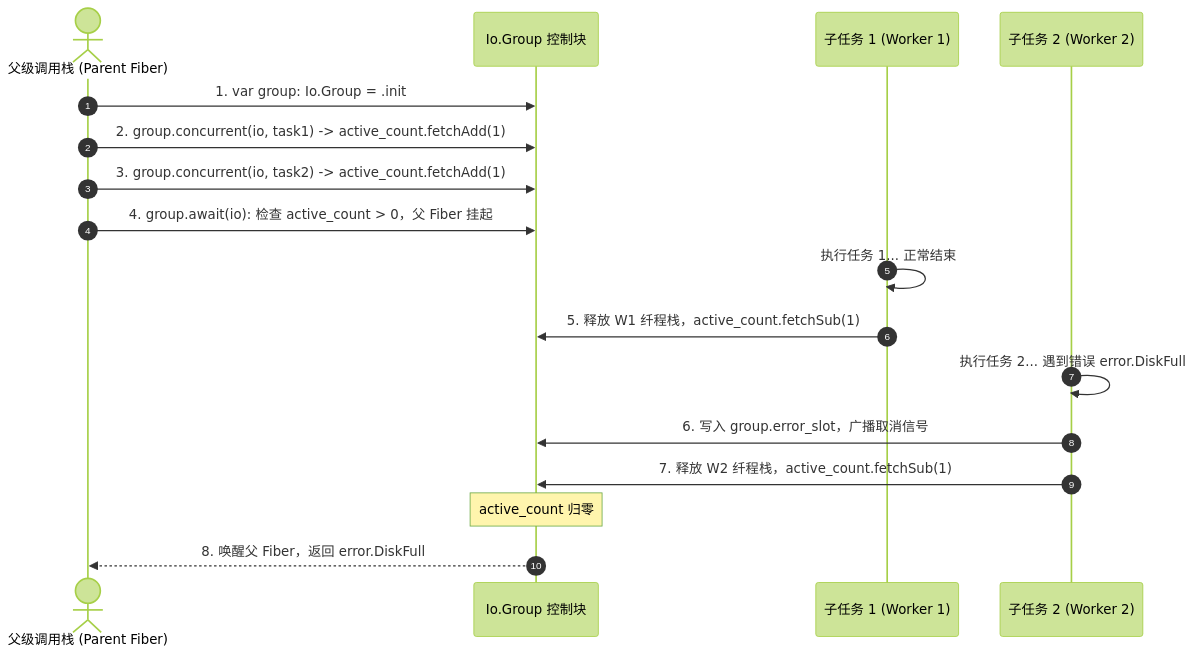
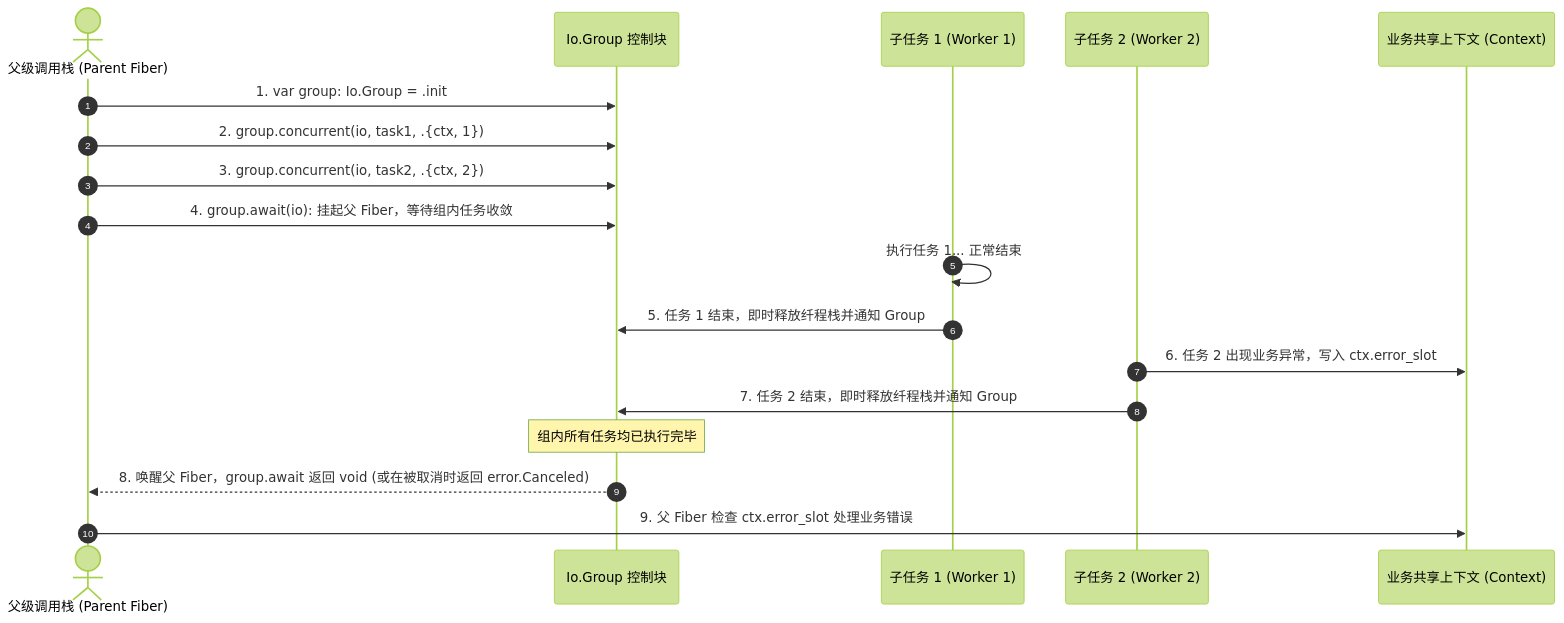
One commit to jiacai2050/x changed the second of 2 diagrams in zig-io/src/concepts/tasks-futures-and-groups.md. Above: the diagram before and after it, drawn with Mermaid (forest theme). The commit also changed other lines of this file and 16 other files, not shown here.

First line of the commit message:
docs(zig-io): fix Group and Fiber stack semantics

````diff
--- a/zig-io/src/concepts/tasks-futures-and-groups.md
+++ b/zig-io/src/concepts/tasks-futures-and-groups.md
@@ -78,24 +78,25 @@
 ```mermaid
 sequenceDiagram
     autonumber
     actor Parent as 父级调用栈 (Parent Fiber)
     participant Group as Io.Group 控制块
     participant W1 as 子任务 1 (Worker 1)
     participant W2 as 子任务 2 (Worker 2)
+    participant Shared as 业务共享上下文 (Context)
 
     Parent->>Group: 1. var group: Io.Group = .init
-    Parent->>Group: 2. group.concurrent(io, task1) -> active_count.fetchAdd(1)
-    Parent->>Group: 3. group.concurrent(io, task2) -> active_count.fetchAdd(1)
+    Parent->>Group: 2. group.concurrent(io, task1, .{ctx, 1})
+    Parent->>Group: 3. group.concurrent(io, task2, .{ctx, 2})
 
-    Parent->>Group: 4. group.await(io): 检查 active_count > 0，父 Fiber 挂起
+    Parent->>Group: 4. group.await(io): 挂起父 Fiber，等待组内任务收敛
 
     W1->>W1: 执行任务 1... 正常结束
-    W1->>Group: 5. 释放 W1 纤程栈，active_count.fetchSub(1)
+    W1->>Group: 5. 任务 1 结束，即时释放纤程栈并通知 Group
 
-    W2->>W2: 执行任务 2... 遇到错误 error.DiskFull
-    W2->>Group: 6. 写入 group.error_slot，广播取消信号
-    W2->>Group: 7. 释放 W2 纤程栈，active_count.fetchSub(1)
+    W2->>Shared: 6. 任务 2 出现业务异常，写入 ctx.error_slot
+    W2->>Group: 7. 任务 2 结束，即时释放纤程栈并通知 Group
 
-    Note over Group: active_count 归零
-    Group-->>Parent: 8. 唤醒父 Fiber，返回 error.DiskFull
+    Note over Group: 组内所有任务均已执行完毕
+    Group-->>Parent: 8. 唤醒父 Fiber，group.await 返回 void (或在被取消时返回 error.Canceled)
+    Parent->>Shared: 9. 父 Fiber 检查 ctx.error_slot 处理业务错误
 ```
````
